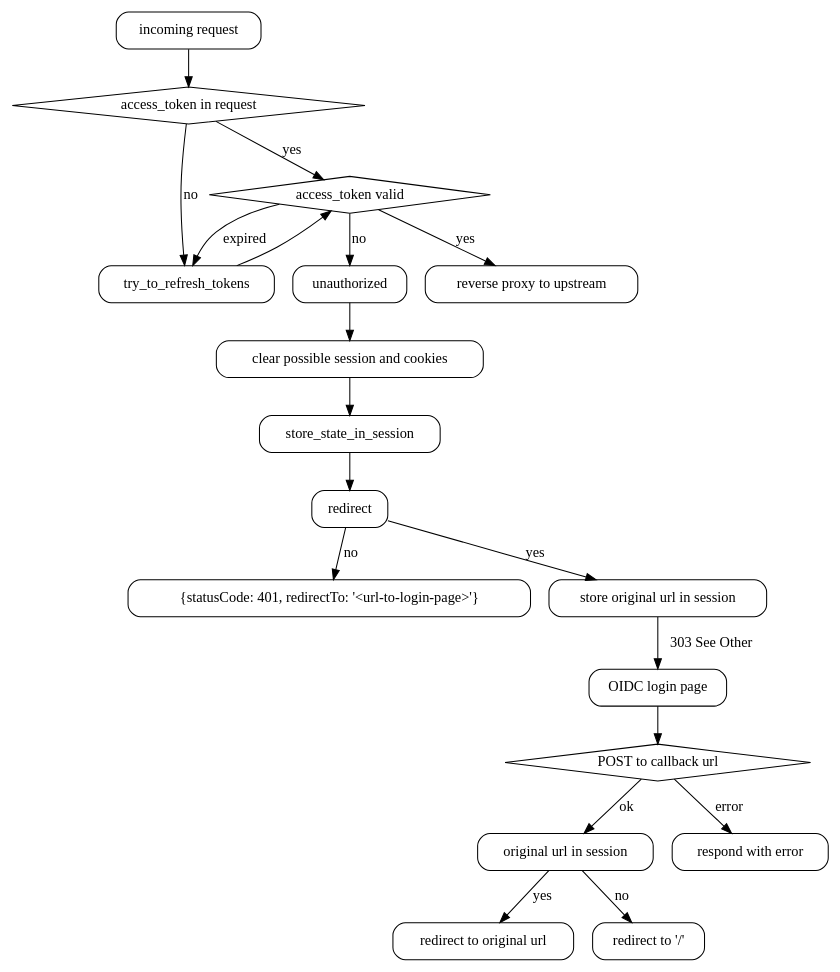
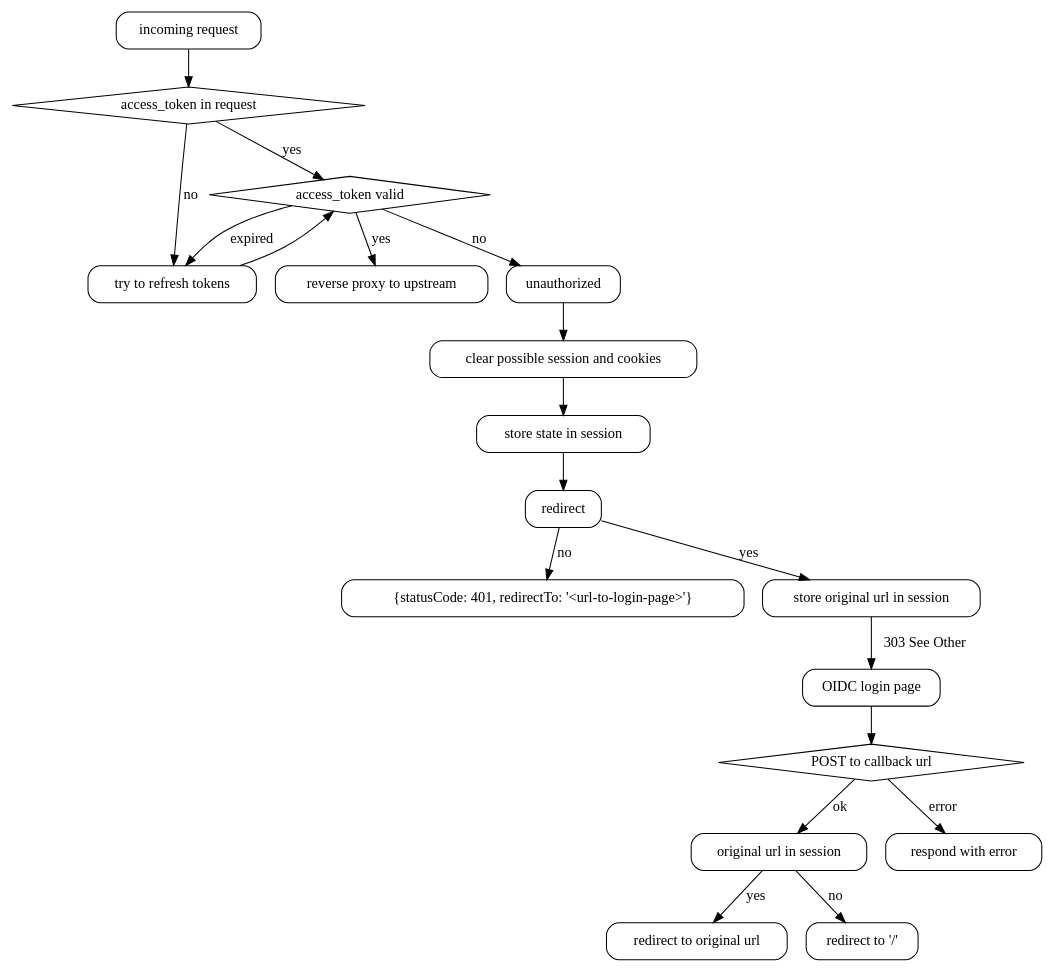
Before and after one commit to janivihervas/jwt-auth-proxy: the diagram in doc/flow-diagram.gv, drawn with Graphviz.

Commit message:
Clean flow diagram

```diff
--- a/doc/flow-diagram.gv
+++ b/doc/flow-diagram.gv
@@ -1,66 +1,58 @@
 digraph {
     node [shape="box", style=rounded]
 
     start[label="incoming request"];
     access_token_exists[shape="diamond", style=solid, label="access_token in request"]
     access_token_valid[shape="diamond", style=solid, label="access_token valid"]
-//    unauthorized[shape="diamond", style=solid]
     callback[shape="diamond", style=solid, label="POST to callback url"]
+    try_to_refresh_tokens[label="try to refresh tokens"]
+    store_state_in_session[label="store state in session"]
 
     oidc_provider[label="OIDC login page"]
     error_response[label="{statusCode: 401, redirectTo: '<url-to-login-page>'}"]
     cleanup[label="clear possible session and cookies"]
     store_original_url[label="store original url in session"]
     original_url_in_session[label="original url in session"]
     redirect_to_original_url[label="redirect to original url"]
     redirect_to_root[label="redirect to '/'"]
     redirect_to_error[label="respond with error"]
     upstream[label="reverse proxy to upstream"]
 
     // -------------- START --------------
     start -> access_token_exists;
     // -------------- START --------------
 
     // -------------- ACCESS TOKEN VALIDATION --------------
     access_token_exists -> try_to_refresh_tokens[label="no"];
     try_to_refresh_tokens -> access_token_valid
 
     access_token_exists -> access_token_valid[label="yes"];
     access_token_valid -> try_to_refresh_tokens[label="expired"]
     access_token_valid -> unauthorized[label="no"]
 
     access_token_valid -> upstream[label="yes"]
     // -------------- ACCESS TOKEN VALIDATION --------------
 
 
 
     // -------------- UNAUTHORIZED --------------
     unauthorized -> cleanup
     cleanup -> store_state_in_session
     store_state_in_session -> redirect
     redirect -> error_response[label="no"]
 
     redirect -> store_original_url[label="yes"]
     store_original_url -> oidc_provider[label="303 See Other"]
     // -------------- UNAUTHORIZED --------------
 
 
 
-
-    //    cleanup -> unauthorized
-
-
-//    unauthorized -> error_response[label="401 Forbidden"]
-
-
-
-
     // -------------- LOGIN PAGE --------------
     oidc_provider -> callback
     callback -> redirect_to_error[label="error"]
 
     callback -> original_url_in_session[label="ok"]
     original_url_in_session -> redirect_to_root[label="no"]
     original_url_in_session -> redirect_to_original_url[label="yes"]
     // -------------- LOGIN PAGE --------------
 }
```
